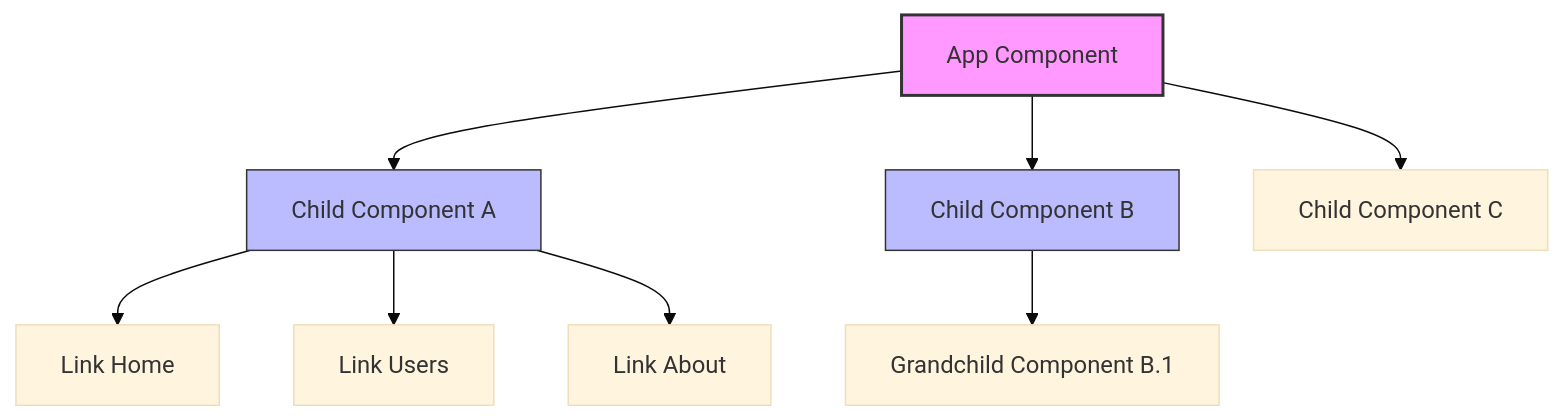
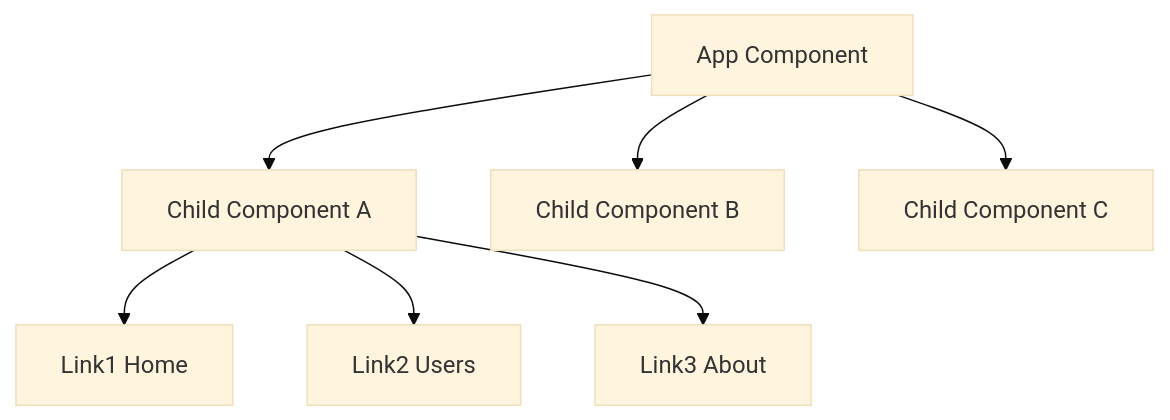
The diagram in instruction/webFrameworks/react/components/components.md (mjcleme/cs260v2), drawn with Mermaid (base theme) before and after one commit.

Commit message:
update(☑ Components)

````diff
--- a/instruction/webFrameworks/react/components/components.md
+++ b/instruction/webFrameworks/react/components/components.md
@@ -66,21 +66,12 @@
 ```mermaid
 graph TD
     App[App Component]
     
-    %% First level of children
     App --> Header[Child Component A]
     App --> Content[Child Component B]
     App --> Footer[Child Component C]
     
-    %% Second level of children (Grandchildren)
-    Header --> Link1[Link Home]
-    Header --> Link2[Link Users]
-    Header --> Link3[Link About]
-    
-    Content --> GrandchildB1[Grandchild Component B.1]
-
-    %% Styling to emphasize hierarchy
-    style App fill:#f9f,stroke:#333,stroke-width:2px
-    style Header fill:#bbf,stroke:#333,stroke-width:1px
-    style Content fill:#bbf,stroke:#333,stroke-width:1px
+    Header --> Link1[Link1 Home]
+    Header --> Link2[Link2 Users]
+    Header --> Link3[Link3 About]
 ```
````
